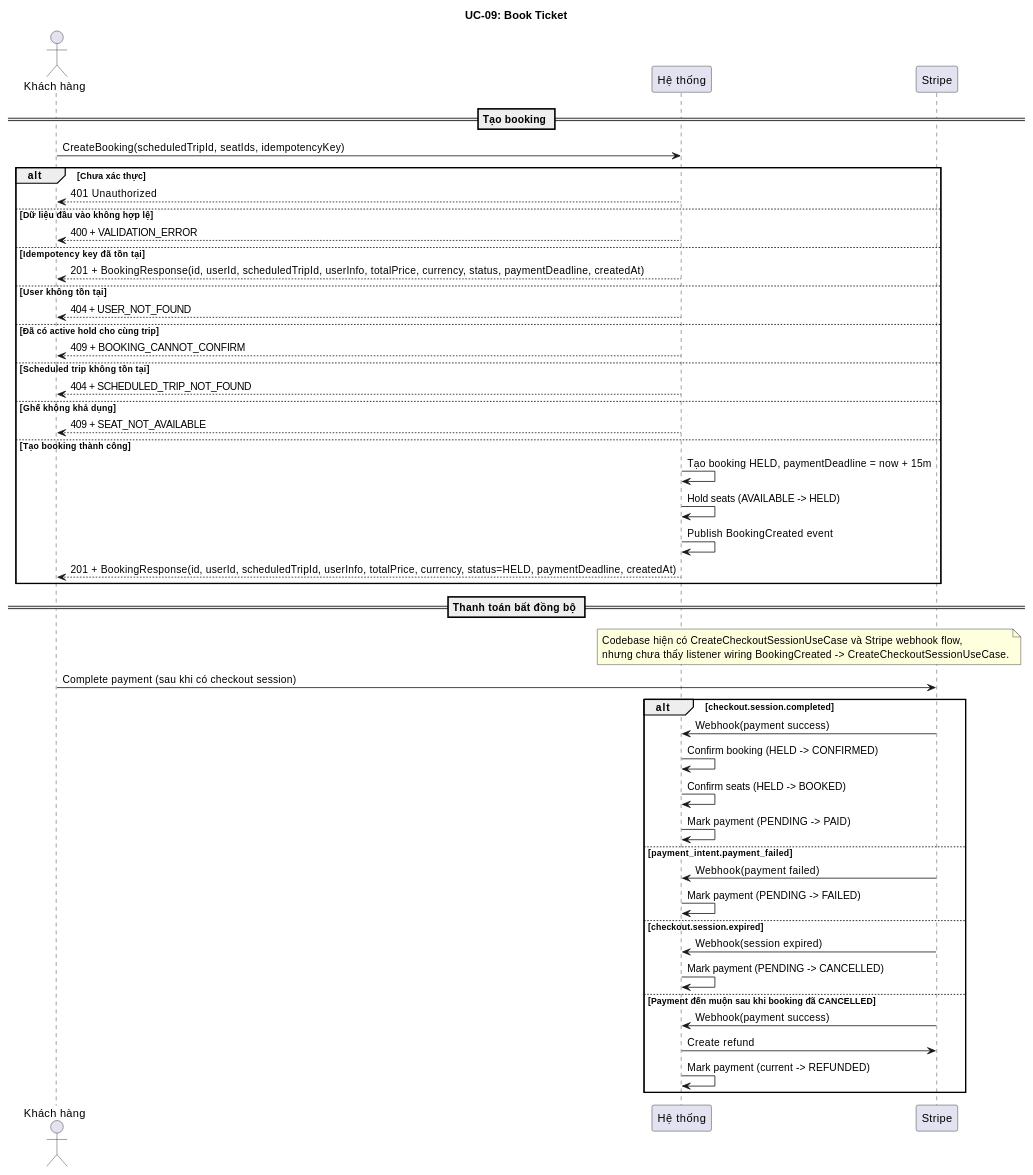
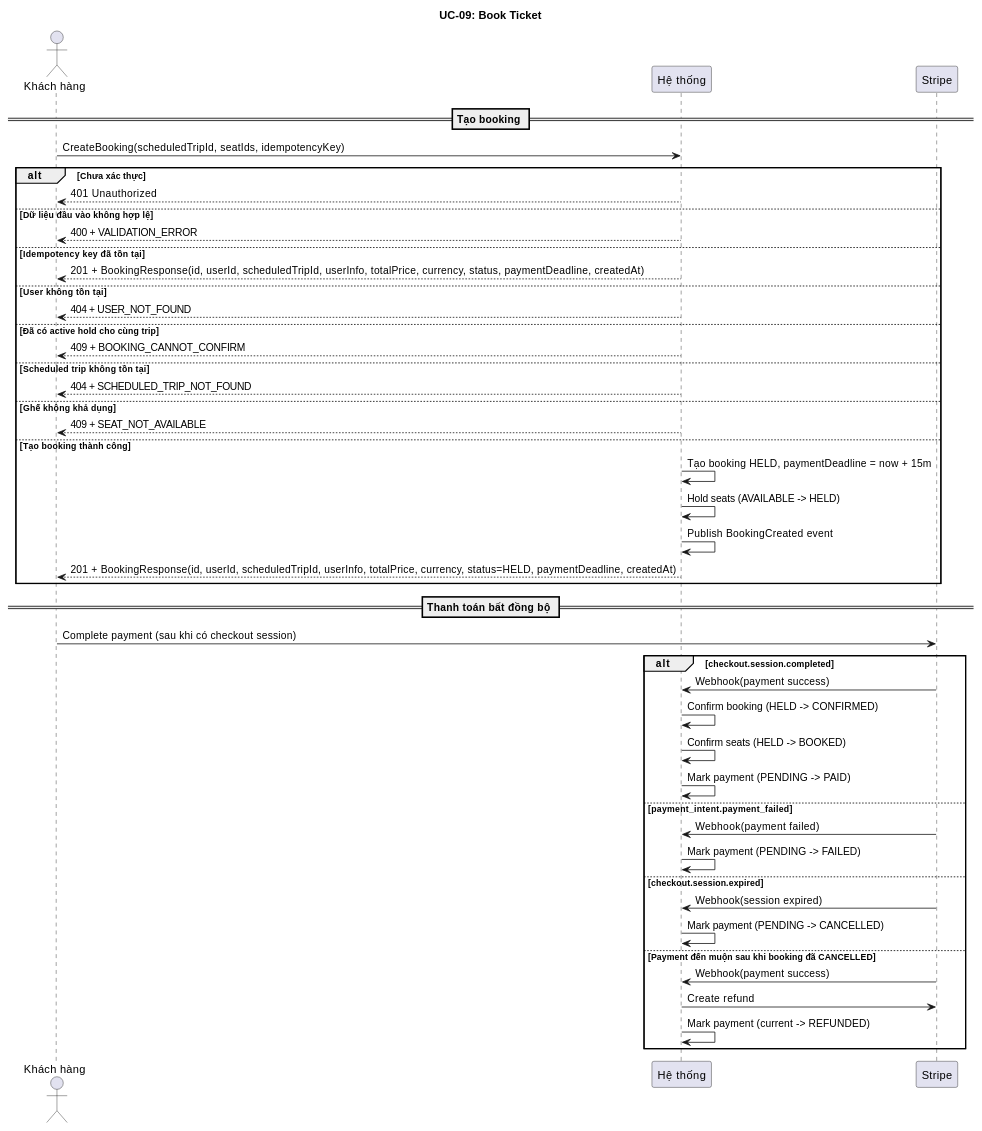
One commit to Phunguy65/train-ticket-booking-system-plus changed the first of 6 diagrams in docs/usecases/UC-09-dat-ve-tau.md. Above: the diagram before and after it, drawn with PlantUML. The commit also changed other lines of this file and 33 other files, not shown here.

````diff
--- a/docs/usecases/UC-09-dat-ve-tau.md
+++ b/docs/usecases/UC-09-dat-ve-tau.md
@@ -20,58 +20,54 @@
 ```plantuml
 @startuml UC-09
 title UC-09: Book Ticket
 
 actor "Khách hàng" as Actor
 participant "Hệ thống" as API
 participant "Stripe" as Stripe
 
 == Tạo booking ==
 
 Actor -> API: CreateBooking(scheduledTripId, seatIds, idempotencyKey)
 alt Chưa xác thực
     API --> Actor: 401 Unauthorized
 else Dữ liệu đầu vào không hợp lệ
     API --> Actor: 400 + VALIDATION_ERROR
 else Idempotency key đã tồn tại
     API --> Actor: 201 + BookingResponse(id, userId, scheduledTripId, userInfo, totalPrice, currency, status, paymentDeadline, createdAt)
 else User không tồn tại
     API --> Actor: 404 + USER_NOT_FOUND
 else Đã có active hold cho cùng trip
     API --> Actor: 409 + BOOKING_CANNOT_CONFIRM
 else Scheduled trip không tồn tại
     API --> Actor: 404 + SCHEDULED_TRIP_NOT_FOUND
 else Ghế không khả dụng
     API --> Actor: 409 + SEAT_NOT_AVAILABLE
 else Tạo booking thành công
     API -> API: Tạo booking HELD, paymentDeadline = now + 15m
     API -> API: Hold seats (AVAILABLE -> HELD)
     API -> API: Publish BookingCreated event
     API --> Actor: 201 + BookingResponse(id, userId, scheduledTripId, userInfo, totalPrice, currency, status=HELD, paymentDeadline, createdAt)
 end
 
 == Thanh toán bất đồng bộ ==
 
-note over API,Stripe
-  Codebase hiện có CreateCheckoutSessionUseCase và Stripe webhook flow,
-  nhưng chưa thấy listener wiring BookingCreated -> CreateCheckoutSessionUseCase.
-end note
 Actor -> Stripe: Complete payment (sau khi có checkout session)
 
 alt checkout.session.completed
     Stripe -> API: Webhook(payment success)
     API -> API: Confirm booking (HELD -> CONFIRMED)
     API -> API: Confirm seats (HELD -> BOOKED)
     API -> API: Mark payment (PENDING -> PAID)
 else payment_intent.payment_failed
     Stripe -> API: Webhook(payment failed)
     API -> API: Mark payment (PENDING -> FAILED)
 else checkout.session.expired
     Stripe -> API: Webhook(session expired)
     API -> API: Mark payment (PENDING -> CANCELLED)
 else Payment đến muộn sau khi booking đã CANCELLED
     Stripe -> API: Webhook(payment success)
     API -> Stripe: Create refund
     API -> API: Mark payment (current -> REFUNDED)
 end
 @enduml
 ```
````
